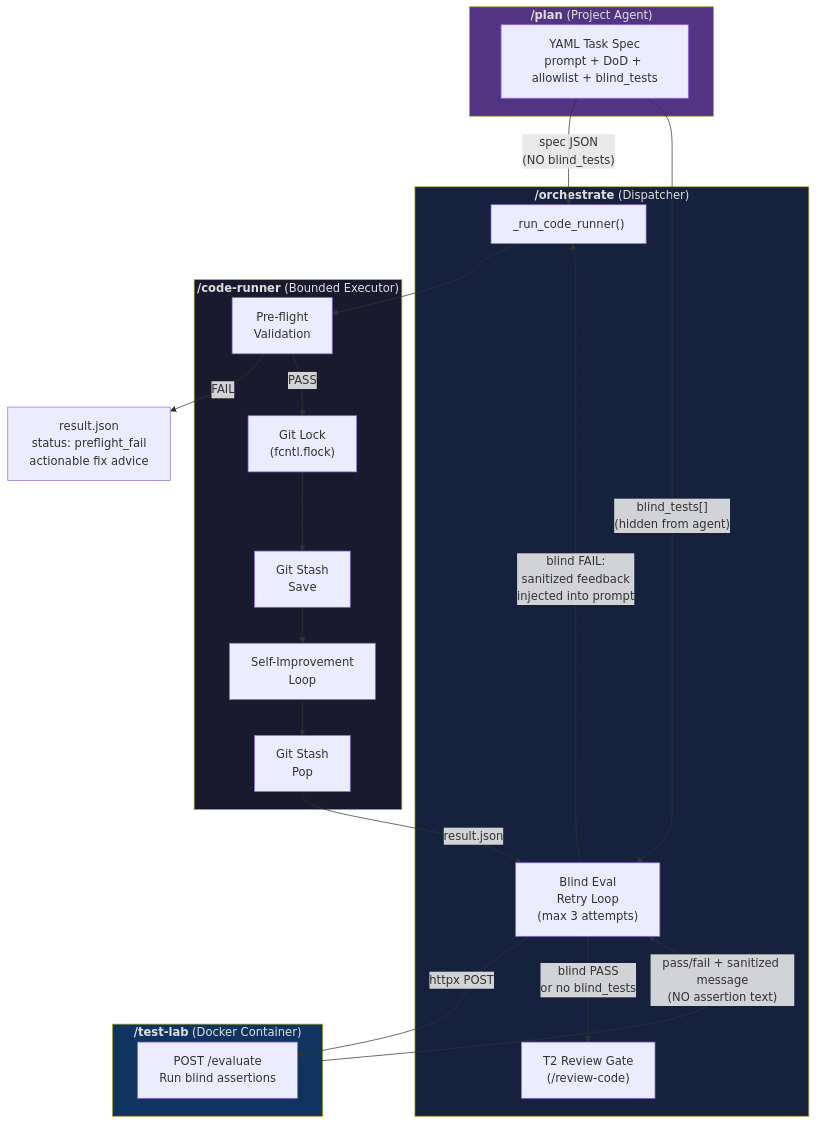
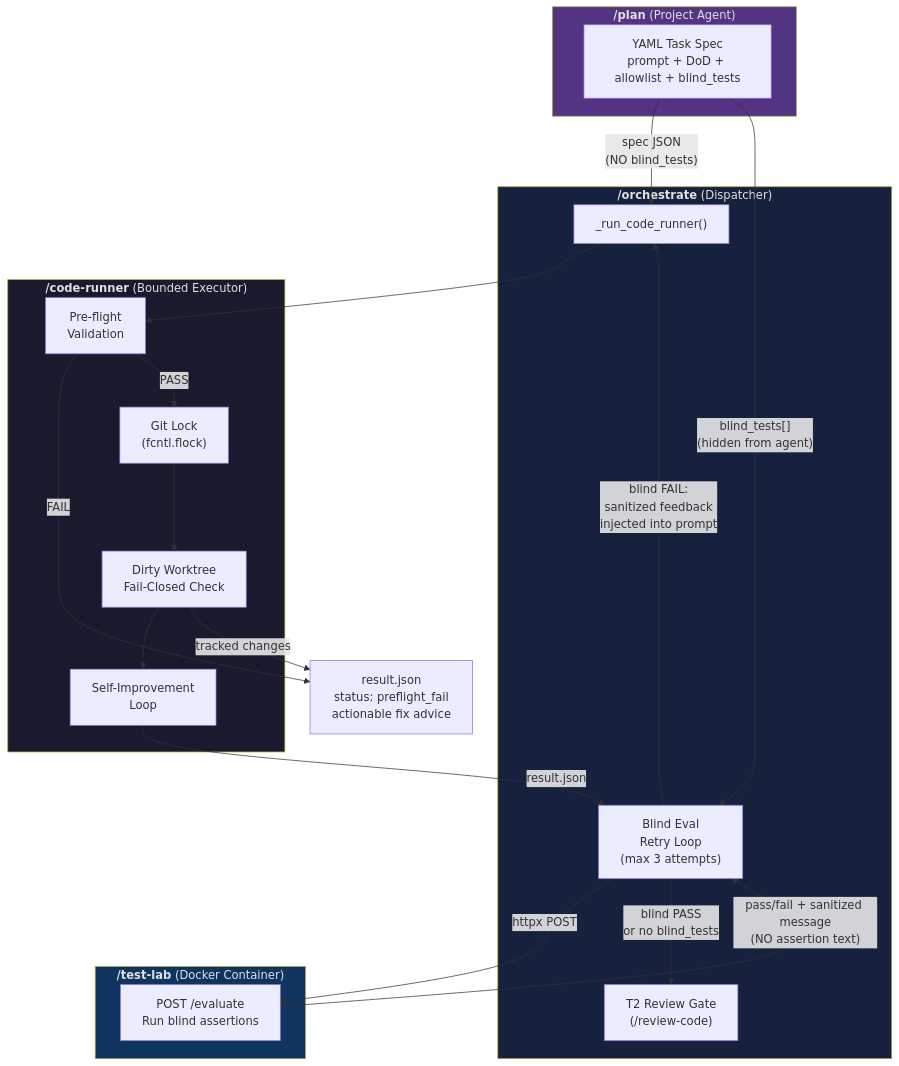
One commit to grahama1970/agent-skills changed the first of 10 diagrams in skills/code-runner/WALKTHROUGH.md. Above: the diagram before and after it, drawn with Mermaid. The commit also changed other lines of this file and 29 other files, not shown here.

````diff
--- a/skills/code-runner/WALKTHROUGH.md
+++ b/skills/code-runner/WALKTHROUGH.md
@@ -5,41 +5,40 @@
 ```mermaid
 flowchart TB
     subgraph PLAN["<b>/plan</b> (Project Agent)"]
         YAML["YAML Task Spec<br/>prompt + DoD + allowlist + blind_tests"]
     end
 
     subgraph ORCH["<b>/orchestrate</b> (Dispatcher)"]
         DISPATCH["_run_code_runner()"]
         BLIND_LOOP["Blind Eval<br/>Retry Loop<br/>(max 3 attempts)"]
         T2["T2 Review Gate<br/>(/review-code)"]
     end
 
     subgraph CR["<b>/code-runner</b> (Bounded Executor)"]
         PREFLIGHT["Pre-flight<br/>Validation"]
         LOCK["Git Lock<br/>(fcntl.flock)"]
-        STASH["Git Stash<br/>Save"]
+        CLEAN["Dirty Worktree<br/>Fail-Closed Check"]
         LOOP["Self-Improvement<br/>Loop"]
-        UNSTASH["Git Stash<br/>Pop"]
     end
 
     subgraph TL["<b>/test-lab</b> (Docker Container)"]
         EVAL["POST /evaluate<br/>Run blind assertions"]
     end
 
     YAML -->|"spec JSON<br/>(NO blind_tests)"| DISPATCH
     YAML -->|"blind_tests[]<br/>(hidden from agent)"| BLIND_LOOP
     DISPATCH --> PREFLIGHT
     PREFLIGHT -->|"FAIL"| PREFLIGHT_RESULT["result.json<br/>status: preflight_fail<br/>actionable fix advice"]
-    PREFLIGHT -->|"PASS"| LOCK --> STASH --> LOOP
-    LOOP --> UNSTASH
-    UNSTASH -->|"result.json"| BLIND_LOOP
+    PREFLIGHT -->|"PASS"| LOCK --> CLEAN --> LOOP
+    CLEAN -->|"tracked changes"| PREFLIGHT_RESULT
+    LOOP -->|"result.json"| BLIND_LOOP
     BLIND_LOOP -->|"httpx POST"| EVAL
     EVAL -->|"pass/fail + sanitized message<br/>(NO assertion text)"| BLIND_LOOP
     BLIND_LOOP -->|"blind FAIL:<br/>sanitized feedback<br/>injected into prompt"| DISPATCH
     BLIND_LOOP -->|"blind PASS<br/>or no blind_tests"| T2
 
     style CR fill:#1a1a2e,color:#e0e0e0
     style ORCH fill:#16213e,color:#e0e0e0
     style TL fill:#0f3460,color:#e0e0e0
     style PLAN fill:#533483,color:#e0e0e0
 ```
````
